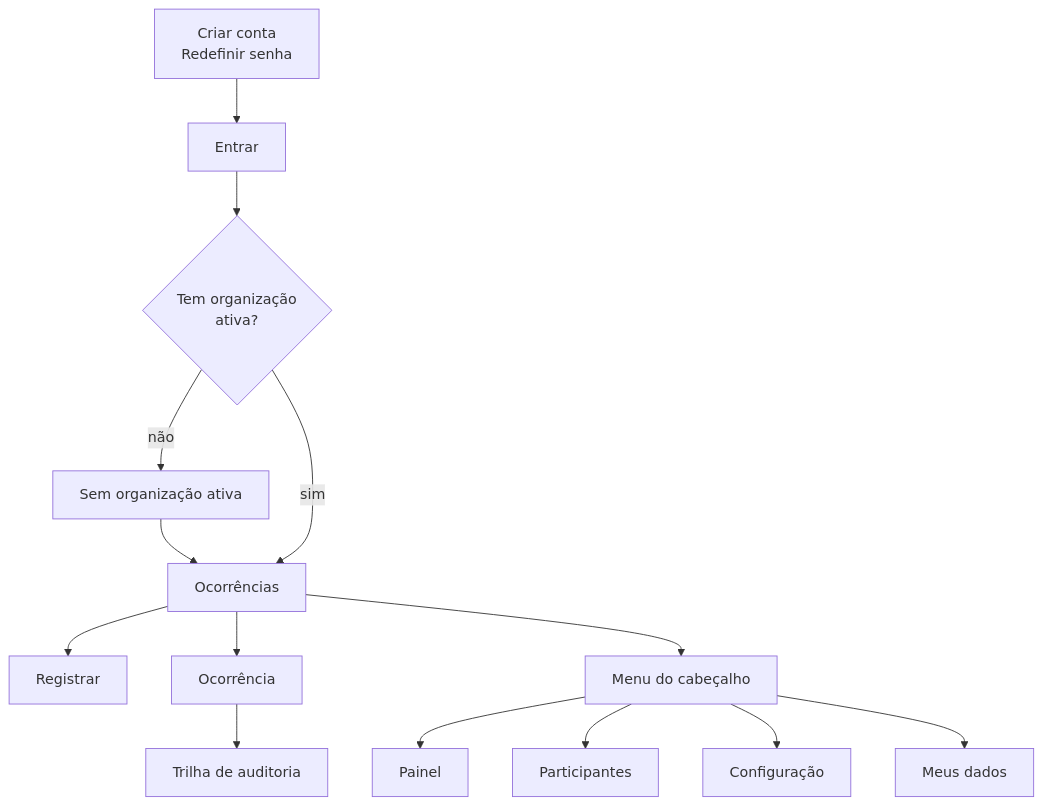
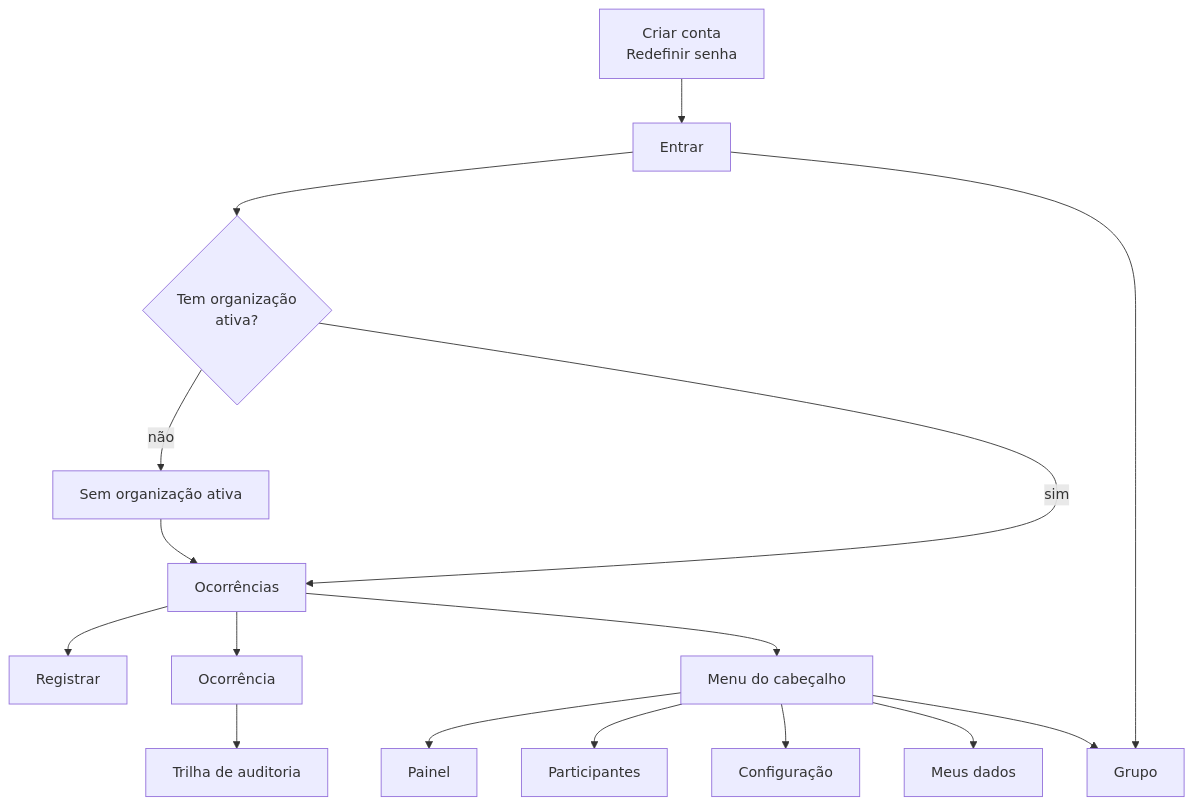
The diagram in docs/telas.md (natanjunior/8FSDT-Hackathon), drawn with Mermaid before and after one commit. The commit also changed other lines of this file and 1 other file, not shown here.

Commit message:
docs(70): a pagina de telas passa a dezessete, com a do grupo e as duas portas

````diff
--- a/docs/telas.md
+++ b/docs/telas.md
@@ -38,30 +39,33 @@
 ```mermaid
 flowchart TB
     CONTA["Criar conta<br/>Redefinir senha"]
     ENTRAR["Entrar"]
     CTX{"Tem organização<br/>ativa?"}
     ORG["Sem organização ativa"]
     LISTA["Ocorrências"]
     NOVA["Registrar"]
     DETALHE["Ocorrência"]
     TRILHA["Trilha de auditoria"]
     MENU["Menu do cabeçalho"]
     PAINEL["Painel"]
     GENTE["Participantes"]
     CONFIG["Configuração"]
     MEUS["Meus dados"]
+    GRUPO["Grupo"]
 
     CONTA --> ENTRAR
     ENTRAR --> CTX
     CTX -->|não| ORG
     ORG --> LISTA
     CTX -->|sim| LISTA
     LISTA --> NOVA
     LISTA --> DETALHE
     DETALHE --> TRILHA
     LISTA --> MENU
     MENU --> PAINEL
     MENU --> GENTE
     MENU --> CONFIG
     MENU --> MEUS
+    ENTRAR --> GRUPO
+    MENU --> GRUPO
 ```
````
